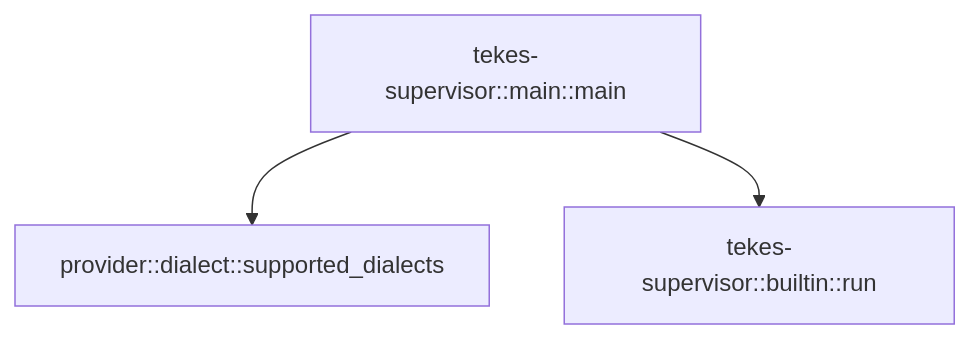
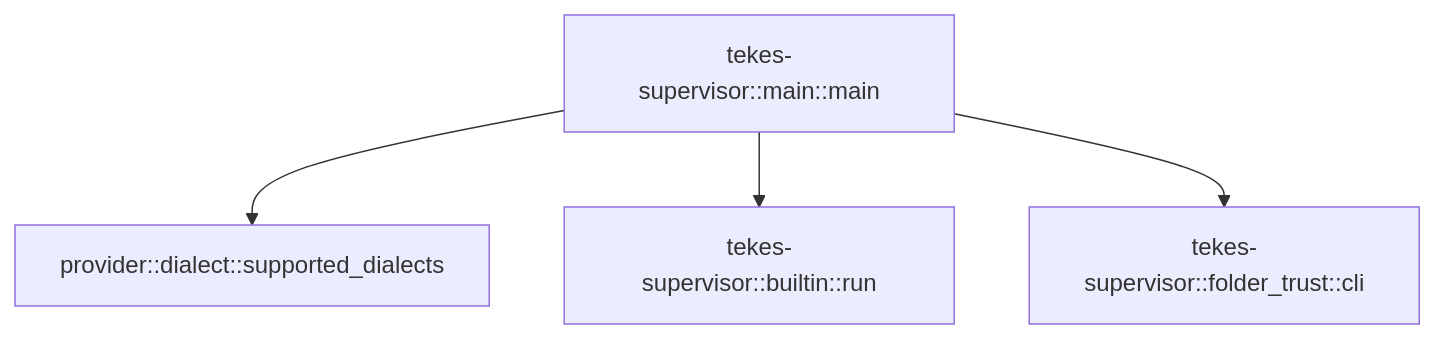
Before and after one commit to TekesApps/TekesKernel: the diagram in crates/supervisor/docs/generated/src--main.md, drawn with Mermaid. The commit also changed other lines of this file and 147 other files, not shown here.

Commit message:
Enforce host folder trust and canonical MCP ownership (#75)

````diff
--- a/crates/supervisor/docs/generated/src--main.md
+++ b/crates/supervisor/docs/generated/src--main.md
@@ -32,8 +32,10 @@
 ```mermaid
 flowchart TD
   n0["provider::dialect::supported_dialects"]
   n1["tekes-supervisor::builtin::run"]
-  n2["tekes-supervisor::main::main"]
-  n2 --> n0
-  n2 --> n1
+  n2["tekes-supervisor::folder_trust::cli"]
+  n3["tekes-supervisor::main::main"]
+  n3 --> n0
+  n3 --> n1
+  n3 --> n2
 ```
````
